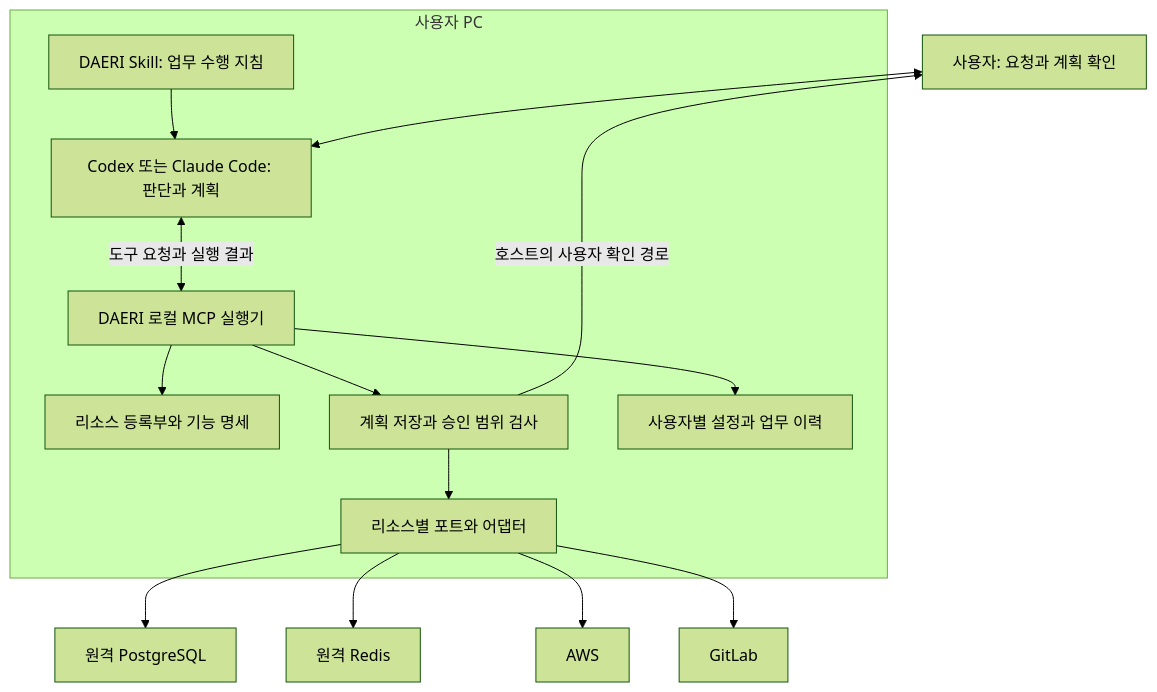
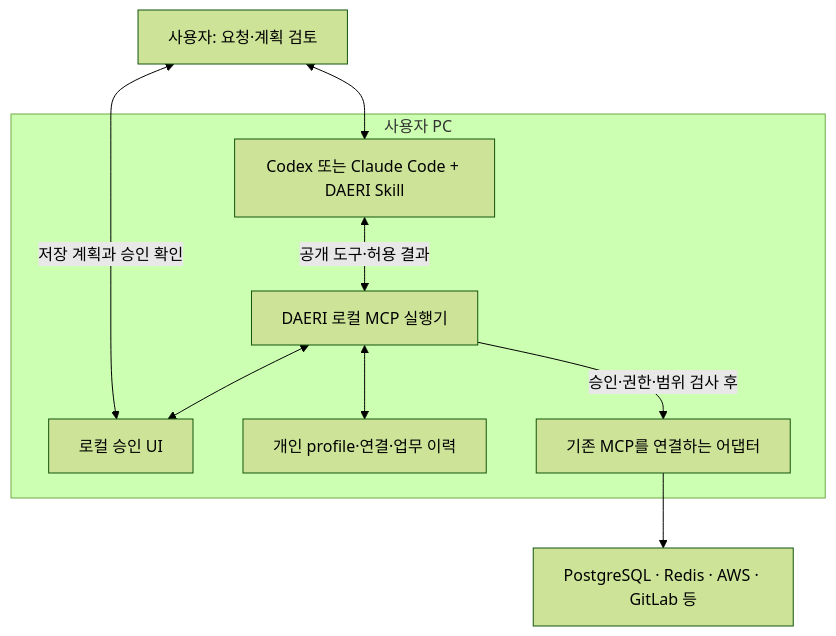
The diagram in docs/architecture/overview.md (VVoodyHong/DAERI), drawn with Mermaid (forest theme) before and after one commit. The commit also changed other lines of this file and 26 other files, not shown here.

````diff
--- a/docs/architecture/overview.md
+++ b/docs/architecture/overview.md
@@ -21,25 +14,18 @@
 ```mermaid
 flowchart TB
-    U[사용자: 요청과 계획 확인]
+    U[사용자: 요청·계획 검토]
     subgraph PC[사용자 PC]
-        H[Codex 또는 Claude Code: 판단과 계획]
-        S[DAERI Skill: 업무 수행 지침]
-        M[DAERI 로컬 MCP 실행기]
-        R[리소스 등록부와 기능 명세]
-        G[계획 저장과 승인 범위 검사]
-        A[리소스별 포트와 어댑터]
-        D[사용자별 설정과 업무 이력]
-        S --> H
-        H <-->|도구 요청과 실행 결과| M
-        M --> R
-        M --> G
-        G --> A
-        M --> D
+        H[Codex 또는 Claude Code + DAERI Skill]
+        D[DAERI 로컬 MCP 실행기]
+        V[로컬 승인 UI]
+        S[개인 profile·연결·업무 이력]
+        A[기존 MCP를 연결하는 어댑터]
+        H <-->|공개 도구·허용 결과| D
+        D <--> V
+        D <--> S
+        D -->|승인·권한·범위 검사 후| A
     end
     U <--> H
-    G -->|호스트의 사용자 확인 경로| U
-    A --> P[원격 PostgreSQL]
-    A --> C[원격 Redis]
-    A --> I[AWS]
-    A --> L[GitLab]
+    U <-->|저장 계획과 승인 확인| V
+    A --> R[PostgreSQL · Redis · AWS · GitLab 등]
 ```
````
